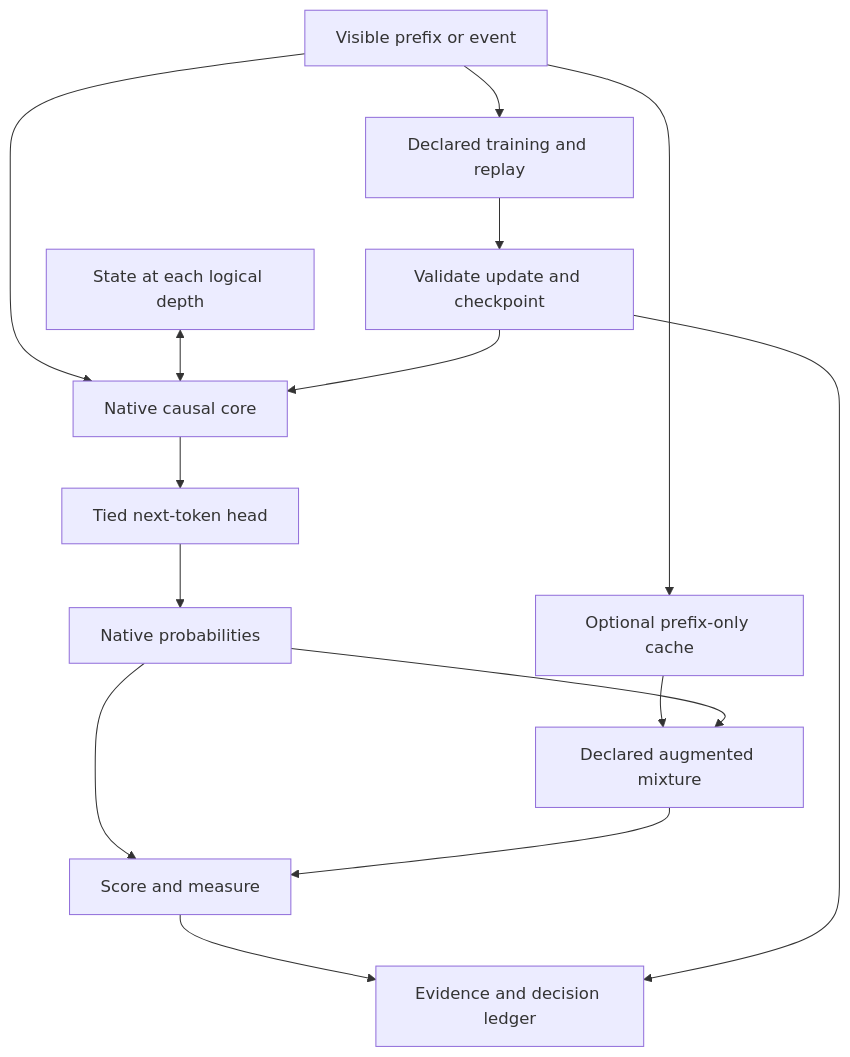
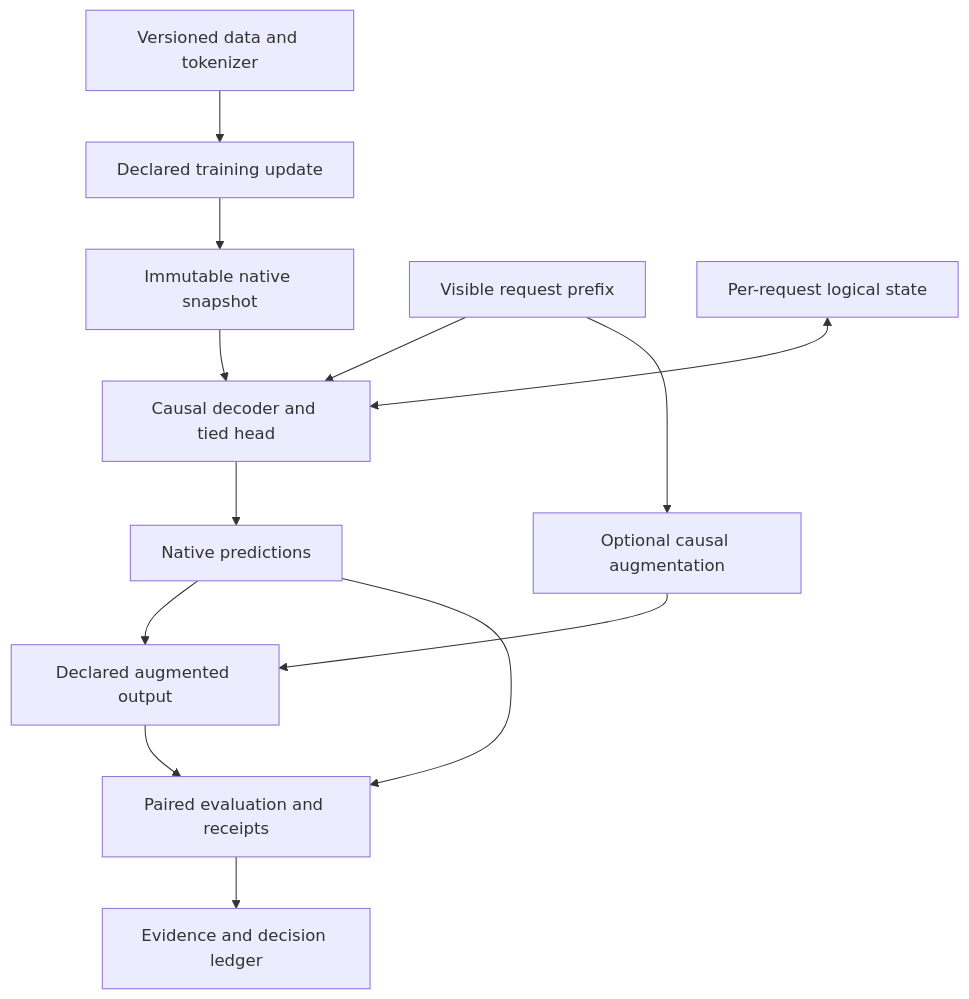
Before and after one commit to wwk5q8z6kk-bit/nano-lm: the diagram in research/frontier/ontogenesis/architecture/README.md, drawn with Mermaid. The commit also changed other lines of this file and 327 other files, not shown here.

First line of the commit message:
Research V6: full architecture, native evidence and correction evaluation

````diff
--- a/research/frontier/ontogenesis/architecture/README.md
+++ b/research/frontier/ontogenesis/architecture/README.md
@@ -65,17 +40,15 @@
 ```mermaid
 flowchart TD
-    P["Visible prefix or event"] --> N["Native causal core"]
-    K["State at each logical depth"] <--> N
-    N --> H["Tied next-token head"]
-    H --> Q["Native probabilities"]
-    P --> C["Optional prefix-only cache"]
-    C --> M["Declared augmented mixture"]
+    D["Versioned data and tokenizer"] --> T["Declared training update"]
+    T --> W["Immutable native snapshot"]
+    P["Visible request prefix"] --> C["Causal decoder and tied head"]
+    W --> C
+    S["Per-request logical state"] <--> C
+    C --> Q["Native predictions"]
+    P --> A["Optional causal augmentation"]
+    A --> M["Declared augmented output"]
     Q --> M
-    Q --> S["Score and measure"]
-    M --> S
-    P --> U["Declared training and replay"]
-    U --> V["Validate update and checkpoint"]
-    V --> N
-    S --> L["Evidence and decision ledger"]
-    V --> L
+    Q --> E["Paired evaluation and receipts"]
+    M --> E
+    E --> L["Evidence and decision ledger"]
 ```
````
